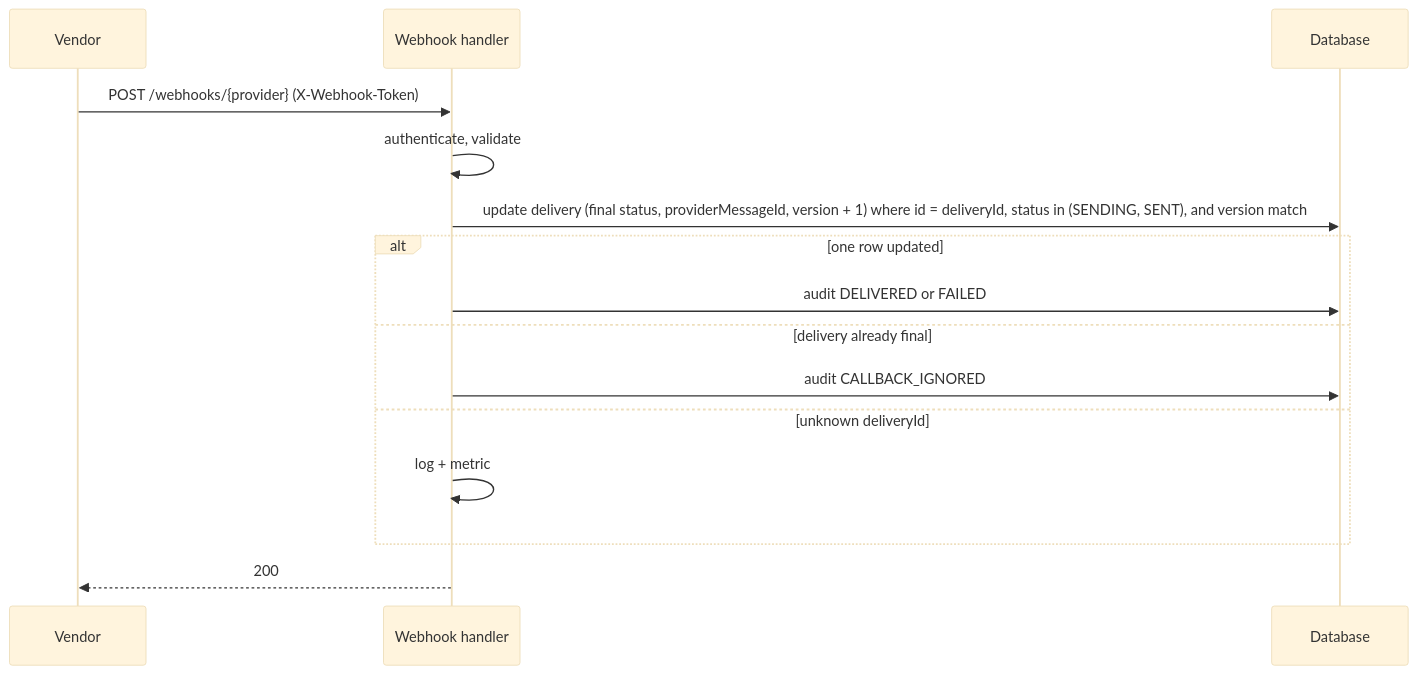
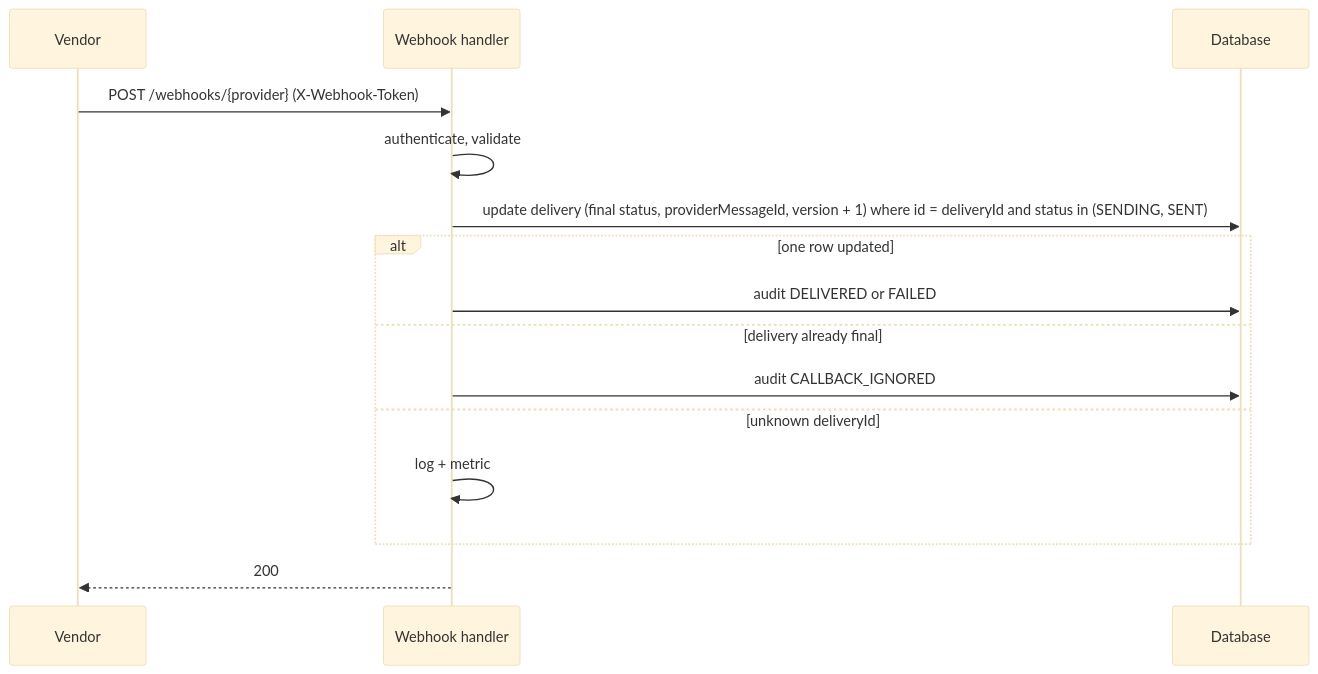
Before and after one commit to radwara/nms: the sixth of 6 diagrams in docs/architecture.md, drawn with Mermaid (base theme). The commit also changed other lines of this file and 2 other files, not shown here.

Commit message:
docs(delivery): callbacks match on status only, bump version (#7)

````diff
--- a/docs/architecture.md
+++ b/docs/architecture.md
@@ -425,17 +425,17 @@
 ```mermaid
 sequenceDiagram
     participant V as Vendor
     participant H as Webhook handler
     participant D as Database
     V->>H: POST /webhooks/{provider} (X-Webhook-Token)
     H->>H: authenticate, validate
-    H->>D: update delivery (final status, providerMessageId, version + 1) where id = deliveryId, status in (SENDING, SENT), and version match
+    H->>D: update delivery (final status, providerMessageId, version + 1) where id = deliveryId and status in (SENDING, SENT)
     alt one row updated
         H->>D: audit DELIVERED or FAILED
     else delivery already final
         H->>D: audit CALLBACK_IGNORED
     else unknown deliveryId
         H->>H: log + metric
     end
     H-->>V: 200
 ```
````
